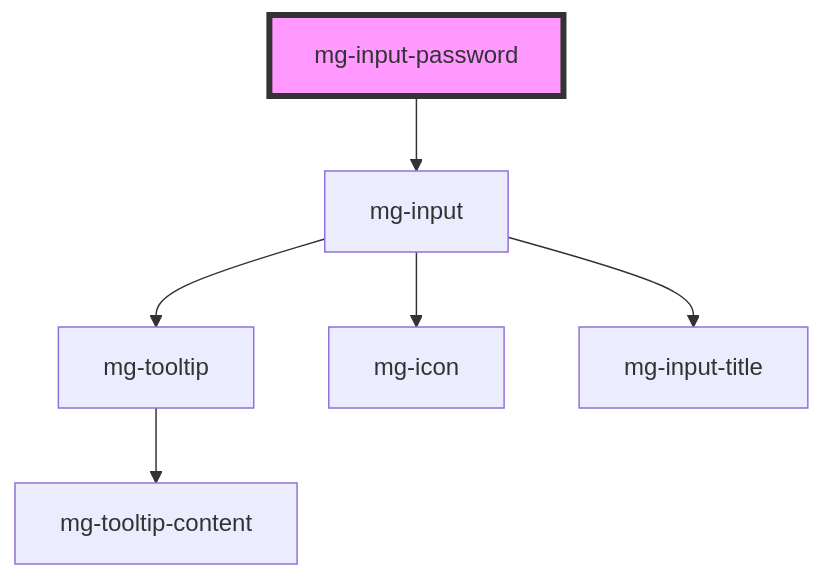
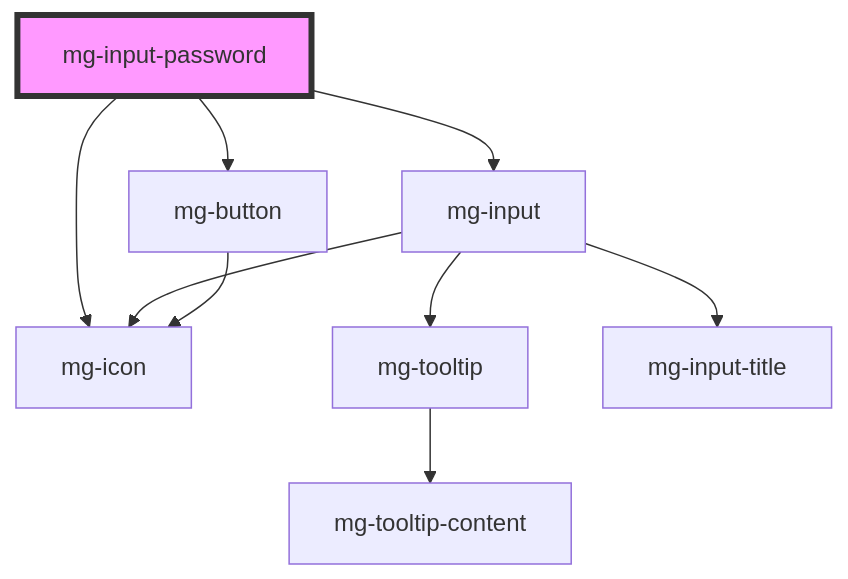
One commit to MGDIS/core-ui changed the diagram in packages/mg-components/src/components/molecules/inputs/mg-input-password/readme.md. Above: the diagram before and after it, drawn with Mermaid. The commit also changed other lines of this file and 83 other files, not shown here.

First line of the commit message:
feat(mgInputPassword): add display password feature

````diff
--- a/packages/mg-components/src/components/molecules/inputs/mg-input-password/readme.md
+++ b/packages/mg-components/src/components/molecules/inputs/mg-input-password/readme.md
@@ -78,9 +80,12 @@
 ```mermaid
 graph TD;
   mg-input-password --> mg-input
+  mg-input-password --> mg-button
+  mg-input-password --> mg-icon
   mg-input --> mg-tooltip
   mg-input --> mg-icon
   mg-input --> mg-input-title
   mg-tooltip --> mg-tooltip-content
+  mg-button --> mg-icon
   style mg-input-password fill:#f9f,stroke:#333,stroke-width:4px
 ```
````
